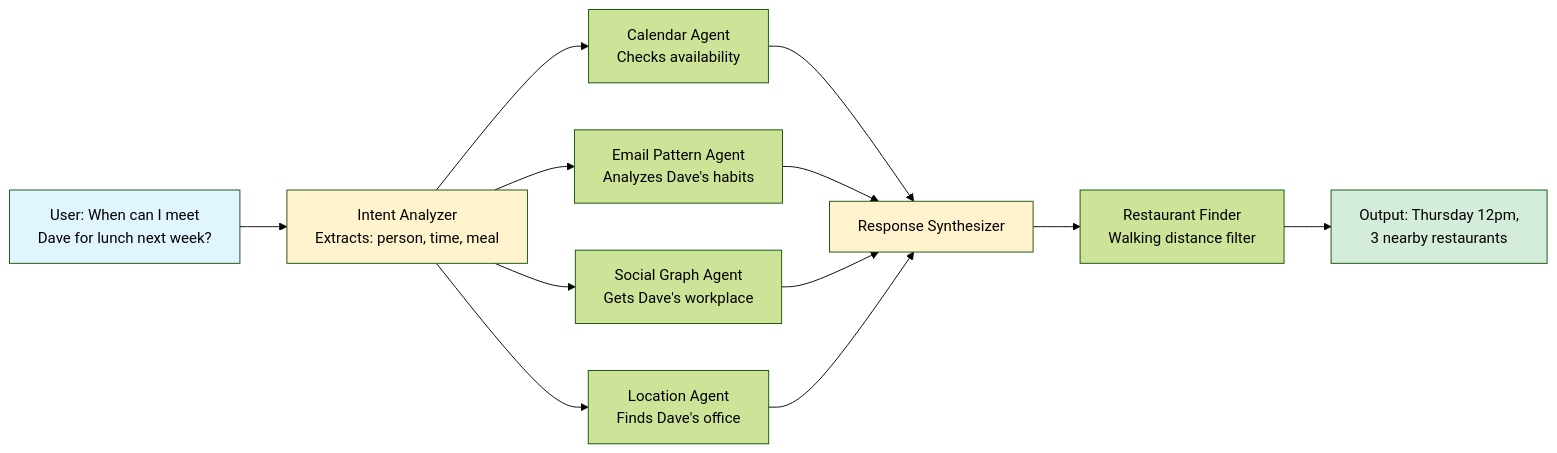
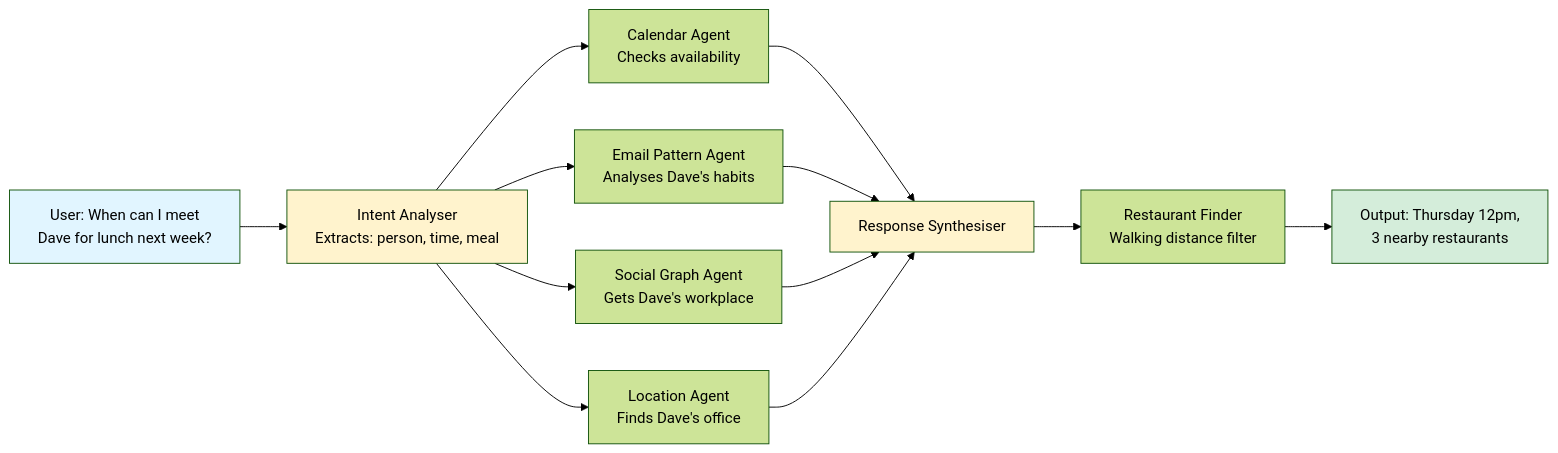
The second of 13 diagrams in docs/SEMANTIC_COGNITION_MESH.md (scottgal/LLMApi), drawn with Mermaid (forest theme) before and after one commit. The commit also changed other lines of this file, not shown here.

````diff
--- a/docs/SEMANTIC_COGNITION_MESH.md
+++ b/docs/SEMANTIC_COGNITION_MESH.md
@@ -47,25 +49,25 @@
 ```mermaid
 graph LR
     Input[User: When can I meet<br/>Dave for lunch next week?]
 
-    Input --> Intent[Intent Analyzer<br/>Extracts: person, time, meal]
+    Input --> Intent[Intent Analyser<br/>Extracts: person, time, meal]
 
     Intent --> Cal[Calendar Agent<br/>Checks availability]
-    Intent --> Email[Email Pattern Agent<br/>Analyzes Dave's habits]
+    Intent --> Email[Email Pattern Agent<br/>Analyses Dave's habits]
     Intent --> Social[Social Graph Agent<br/>Gets Dave's workplace]
     Intent --> Loc[Location Agent<br/>Finds Dave's office]
 
-    Cal --> Synth[Response Synthesizer]
+    Cal --> Synth[Response Synthesiser]
     Email --> Synth
     Social --> Synth
     Loc --> Synth
 
     Synth --> Rest[Restaurant Finder<br/>Walking distance filter]
 
     Rest --> Output[Output: Thursday 12pm,<br/>3 nearby restaurants]
 
     style Input fill:#e1f5ff
     style Output fill:#d4edda
     style Intent fill:#fff3cd
     style Synth fill:#fff3cd
 ```
````
